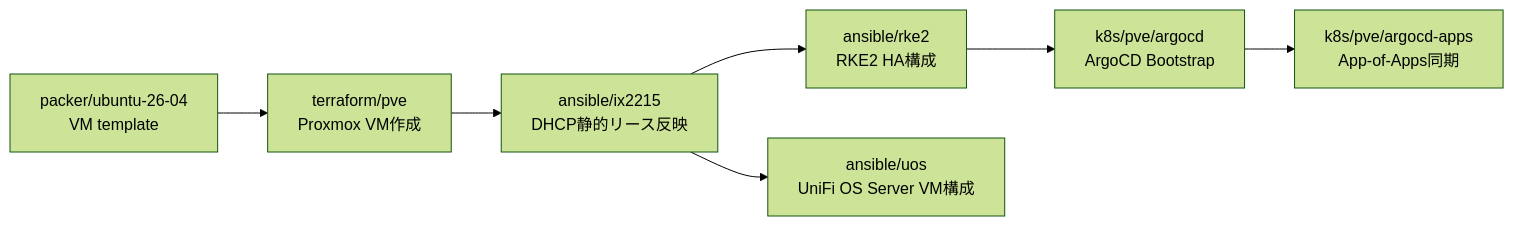
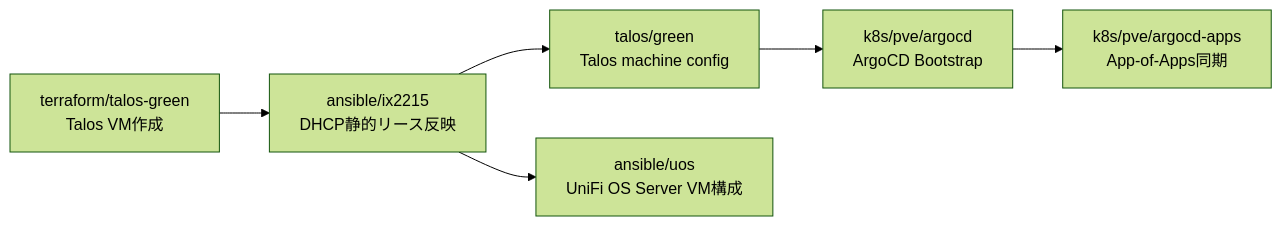
The second of 4 diagrams in README.md (miutaku/my-infra), drawn with Mermaid (forest theme) before and after one commit. The commit also changed other lines of this file and 33 other files, not shown here.

````diff
--- a/README.md
+++ b/README.md
@@ -223,14 +223,13 @@
 ```mermaid
 flowchart LR
-  Packer[packer/ubuntu-26-04<br/>VM template]
-  Terraform[terraform/pve<br/>Proxmox VM作成]
+  Terraform[terraform/talos-green<br/>Talos VM作成]
   IX[ansible/ix2215<br/>DHCP静的リース反映]
-  RKE2[ansible/rke2<br/>RKE2 HA構成]
+  Talos[talos/green<br/>Talos machine config]
   UOS[ansible/uos<br/>UniFi OS Server VM構成]
   Argo[k8s/pve/argocd<br/>ArgoCD Bootstrap]
   Apps[k8s/pve/argocd-apps<br/>App-of-Apps同期]
 
-  Packer --> Terraform --> IX
-  IX --> RKE2 --> Argo --> Apps
+  Terraform --> IX
+  IX --> Talos --> Argo --> Apps
   IX --> UOS
 ```
````
